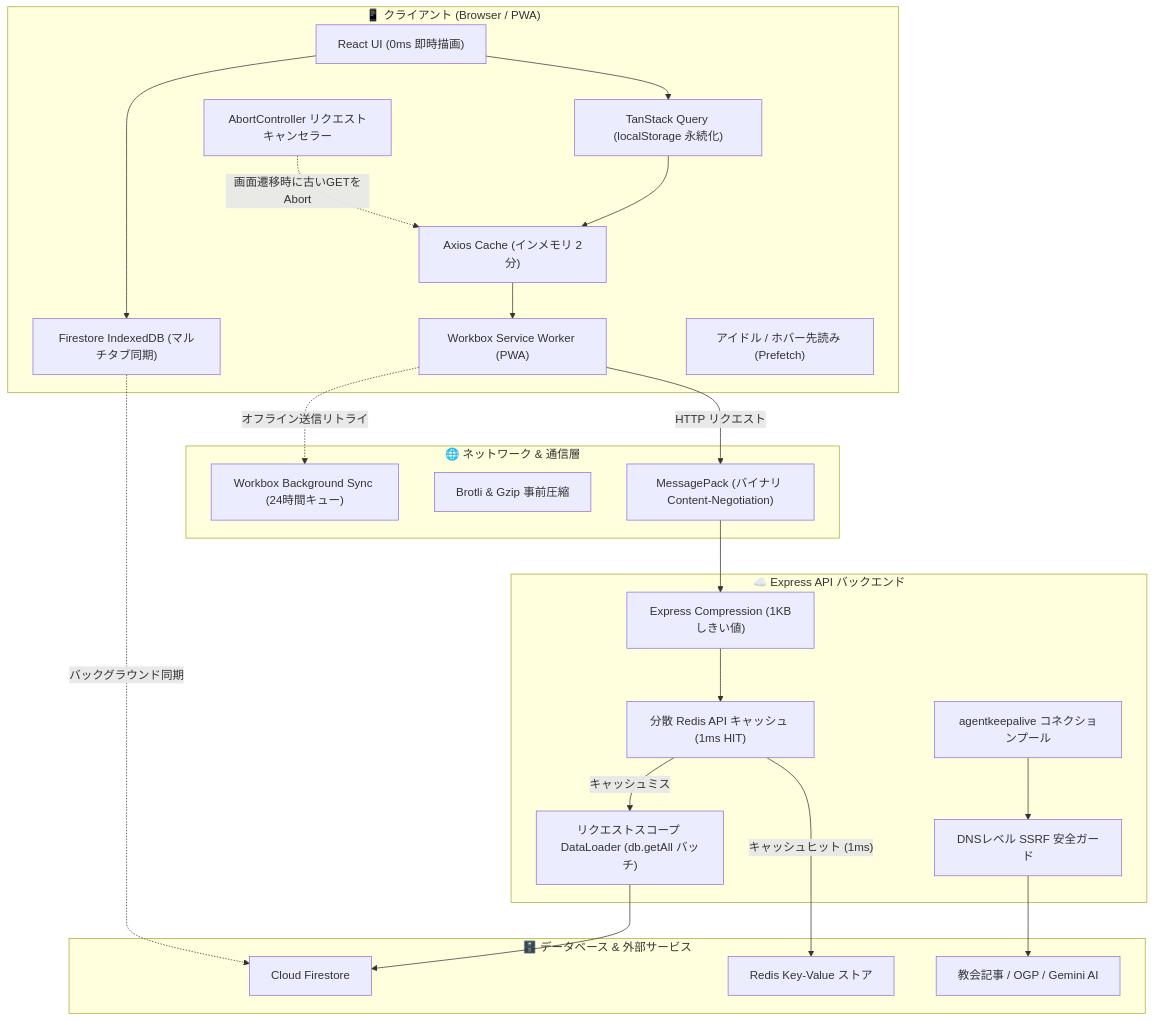
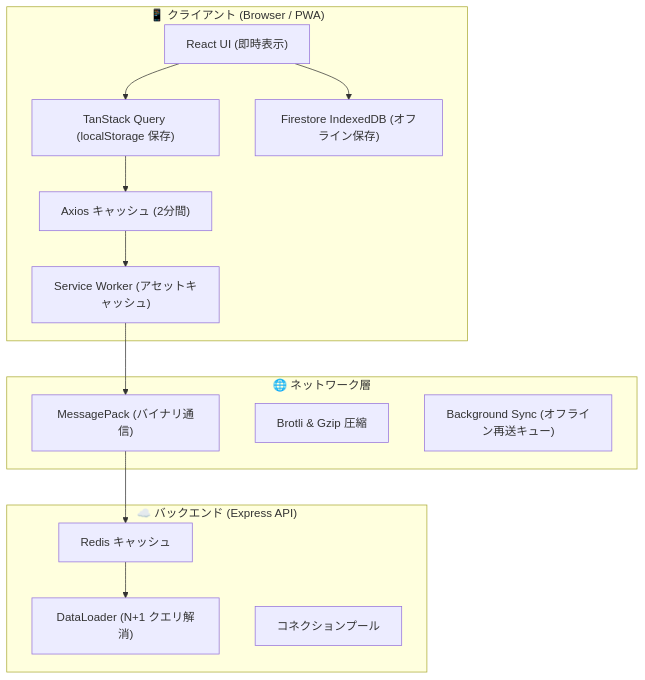
One commit to ScriptureHabit/scripture-habit changed the diagram in docs/ja/network-performance-optimization.md. Above: the diagram before and after it, drawn with Mermaid. The commit also changed other lines of this file and 15 other files, not shown here.

Commit message:
docs: refine and simplify all Architecture Overview documentation in Japanese and English

````diff
--- a/docs/ja/network-performance-optimization.md
+++ b/docs/ja/network-performance-optimization.md
@@ -11,52 +11,30 @@
 ```mermaid
 flowchart TD
     subgraph Client["📱 クライアント (Browser / PWA)"]
-        UI["React UI (0ms 即時描画)"]
-        TQuery["TanStack Query (localStorage 永続化)"]
-        AxiosCache["Axios Cache (インメモリ 2分)"]
-        SW["Workbox Service Worker (PWA)"]
-        IndexedDB["Firestore IndexedDB (マルチタブ同期)"]
-        Canceler["AbortController リクエストキャンセラー"]
-        Prefetcher["アイドル / ホバー先読み (Prefetch)"]
+        UI["React UI (即時表示)"]
+        TQuery["TanStack Query (localStorage 保存)"]
+        AxiosCache["Axios キャッシュ (2分間)"]
+        SW["Service Worker (アセットキャッシュ)"]
+        IndexedDB["Firestore IndexedDB (オフライン保存)"]
     end
 
-    subgraph Network["🌐 ネットワーク & 通信層"]
-        MsgPack["MessagePack (バイナリ Content-Negotiation)"]
-        BrotliGzip["Brotli & Gzip 事前圧縮"]
-        BgSync["Workbox Background Sync (24時間キュー)"]
+    subgraph Network["🌐 ネットワーク層"]
+        MsgPack["MessagePack (バイナリ通信)"]
+        Brotli["Brotli & Gzip 圧縮"]
+        BgSync["Background Sync (オフライン再送キュー)"]
     end
 
-    subgraph Server["☁️ Express API バックエンド"]
-        CompressionMiddleware["Express Compression (1KBしきい値)"]
-        RedisCache["分散 Redis API キャッシュ (1ms HIT)"]
-        DataLoader["リクエストスコープ DataLoader (db.getAll バッチ)"]
-        KeepAlive["agentkeepalive コネクションプール"]
-        SSRF["DNSレベル SSRF 安全ガード"]
-    end
-
-    subgraph Storage["🗄️ データベース & 外部サービス"]
-        RedisStore["Redis Key-Value ストア"]
-        FirestoreDB["Cloud Firestore"]
-        ExternalAPIs["教会記事 / OGP / Gemini AI"]
+    subgraph Server["☁️ バックエンド (Express API)"]
+        RedisCache["Redis キャッシュ"]
+        DataLoader["DataLoader (N+1 クエリ解消)"]
+        KeepAlive["コネクションプール"]
     end
 
     UI --> TQuery
     TQuery --> AxiosCache
     AxiosCache --> SW
     UI --> IndexedDB
-    IndexedDB -. バックグラウンド同期 .-> FirestoreDB
-
-    SW -->|HTTP リクエスト| MsgPack
-    MsgPack --> CompressionMiddleware
-    CompressionMiddleware --> RedisCache
-
-    RedisCache -- キャッシュヒット (1ms) --> RedisStore
-    RedisCache -- キャッシュミス --> DataLoader
-    DataLoader --> FirestoreDB
-
-    KeepAlive --> SSRF
-    SSRF --> ExternalAPIs
-
-    Canceler -. 画面遷移時に古いGETをAbort .-> AxiosCache
-    SW -. オフライン送信リトライ .-> BgSync
+    SW --> MsgPack
+    MsgPack --> RedisCache
+    RedisCache --> DataLoader
 ```
````
